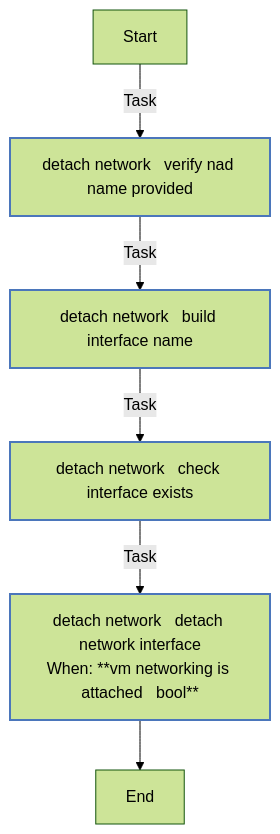
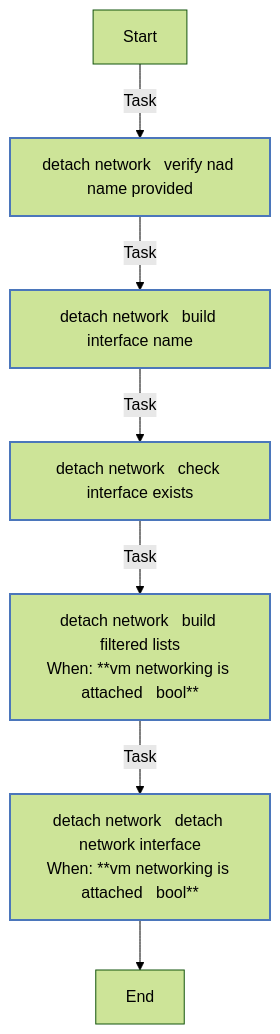
Before and after one commit to redhat-cop/openshift_virtualization_ops: the second of 4 diagrams in roles/vm_networking/README.md, drawn with Mermaid (forest theme). The commit also changed other lines of this file and 3 other files, not shown here.

````diff
--- a/roles/vm_networking/README.md
+++ b/roles/vm_networking/README.md
@@ -118,18 +118,19 @@
 ```mermaid
 flowchart TD
 Start
 classDef block stroke:#3498db,stroke-width:2px;
 classDef task stroke:#4b76bb,stroke-width:2px;
 classDef includeTasks stroke:#16a085,stroke-width:2px;
 classDef importTasks stroke:#34495e,stroke-width:2px;
 classDef includeRole stroke:#2980b9,stroke-width:2px;
 classDef importRole stroke:#699ba7,stroke-width:2px;
 classDef includeVars stroke:#8e44ad,stroke-width:2px;
 classDef rescue stroke:#665352,stroke-width:2px;
 
   Start-->|Task| _detach_network___Verify_NAD_Name_Provided0[ detach network   verify nad name provided]:::task
   _detach_network___Verify_NAD_Name_Provided0-->|Task| _detach_network___Build_Interface_Name1[ detach network   build interface name]:::task
   _detach_network___Build_Interface_Name1-->|Task| _detach_network___Check_Interface_Exists2[ detach network   check interface exists]:::task
-  _detach_network___Check_Interface_Exists2-->|Task| _detach_network___Detach_Network_Interface3[ detach network   detach network interface<br>When: **vm networking is attached   bool**]:::task
-  _detach_network___Detach_Network_Interface3-->End
+  _detach_network___Check_Interface_Exists2-->|Task| _detach_network___Build_Filtered_Lists3[ detach network   build filtered lists<br>When: **vm networking is attached   bool**]:::task
+  _detach_network___Build_Filtered_Lists3-->|Task| _detach_network___Detach_Network_Interface4[ detach network   detach network interface<br>When: **vm networking is attached   bool**]:::task
+  _detach_network___Detach_Network_Interface4-->End
 ```
````
